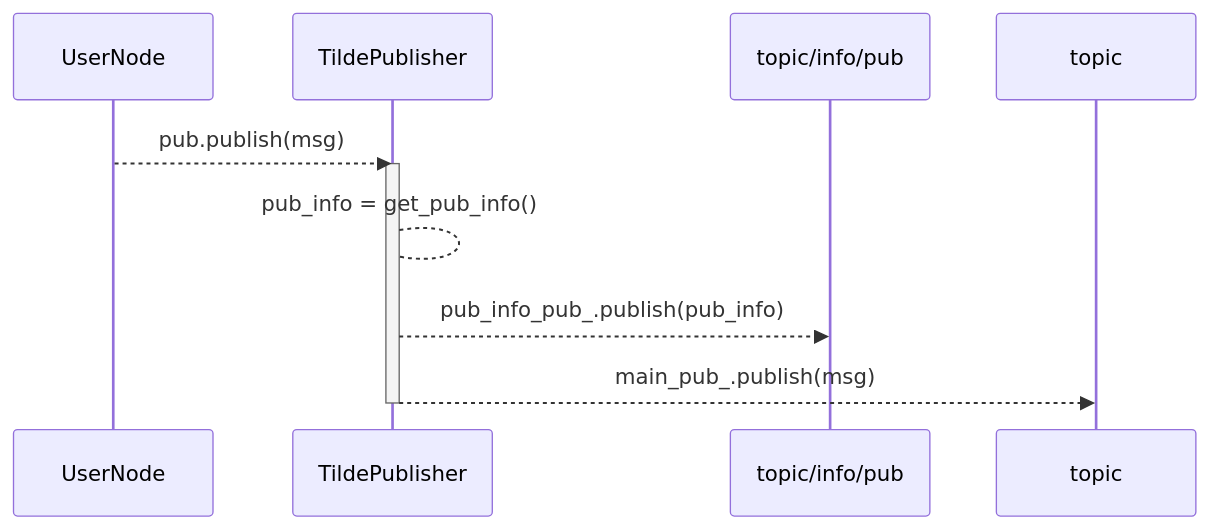
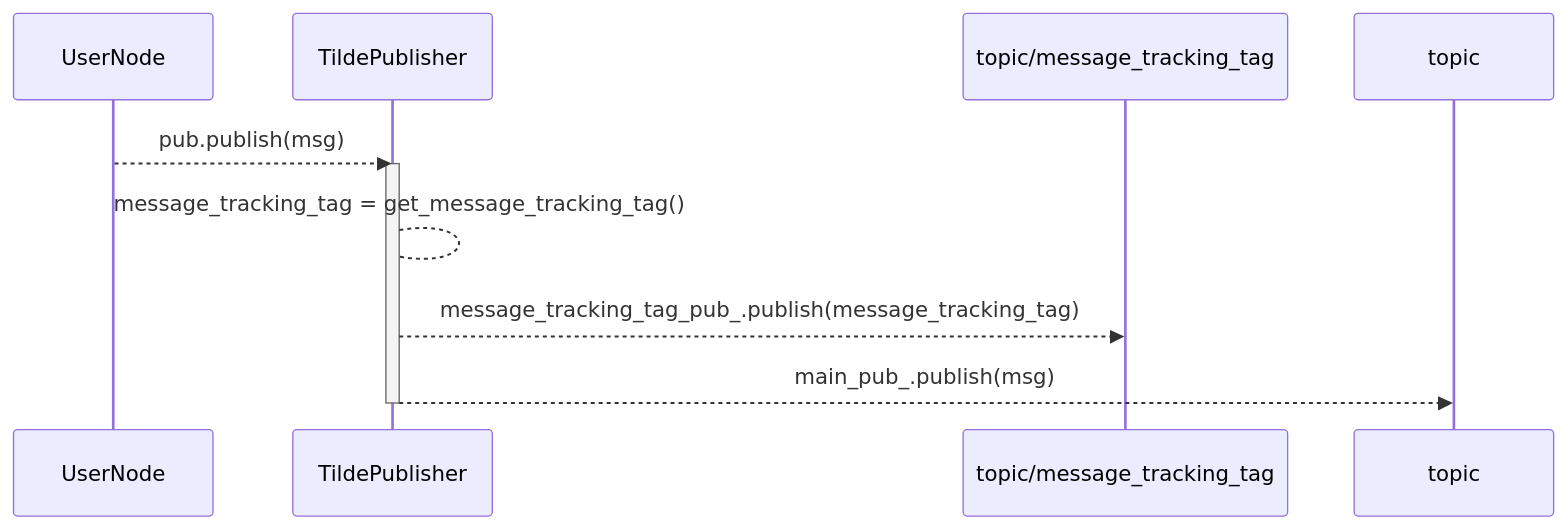
One commit to tier4/TILDE changed the seventh of 7 diagrams in doc/mechanism.md. Above: the diagram before and after it, drawn with Mermaid. The commit also changed other lines of this file and 39 other files, not shown here.

````diff
--- a/doc/mechanism.md
+++ b/doc/mechanism.md
@@ -278,10 +278,10 @@
 ```mermaid
 sequenceDiagram
     UserNode-->>TildePublisher: pub.publish(msg)
     activate TildePublisher
-    TildePublisher-->TildePublisher: pub_info = get_pub_info()
+    TildePublisher-->TildePublisher: message_tracking_tag = get_message_tracking_tag()
 
-    TildePublisher-->>topic/info/pub: pub_info_pub_.publish(pub_info)
+    TildePublisher-->>topic/message_tracking_tag: message_tracking_tag_pub_.publish(message_tracking_tag)
     TildePublisher-->>topic: main_pub_.publish(msg);
     deactivate TildePublisher
 ```
````
